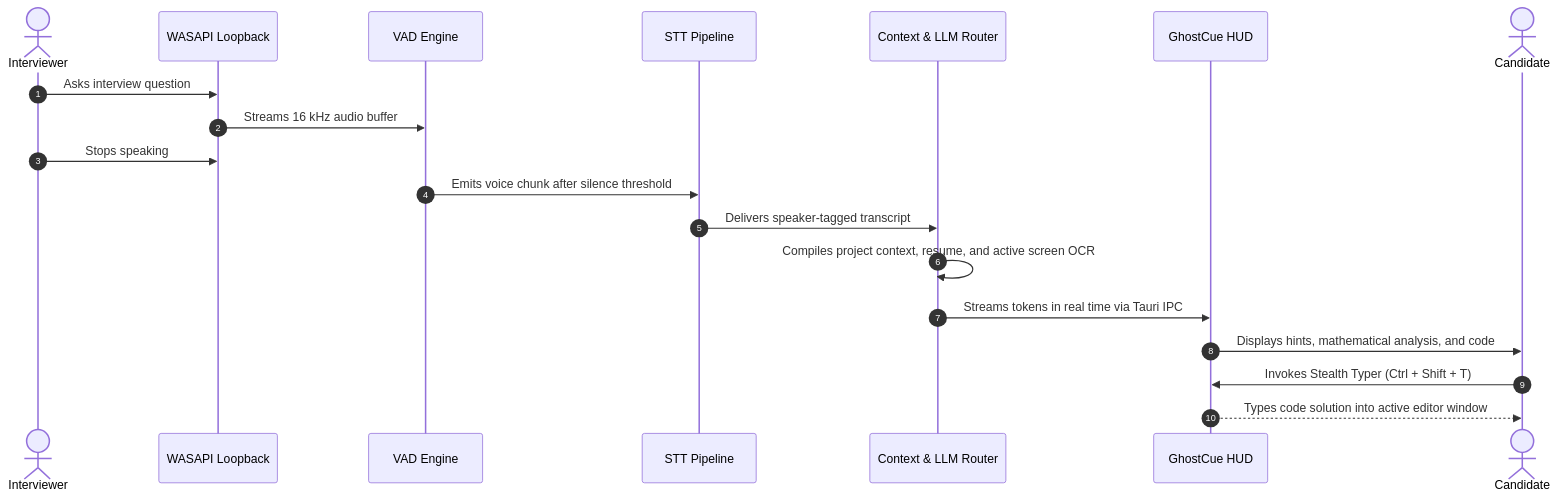
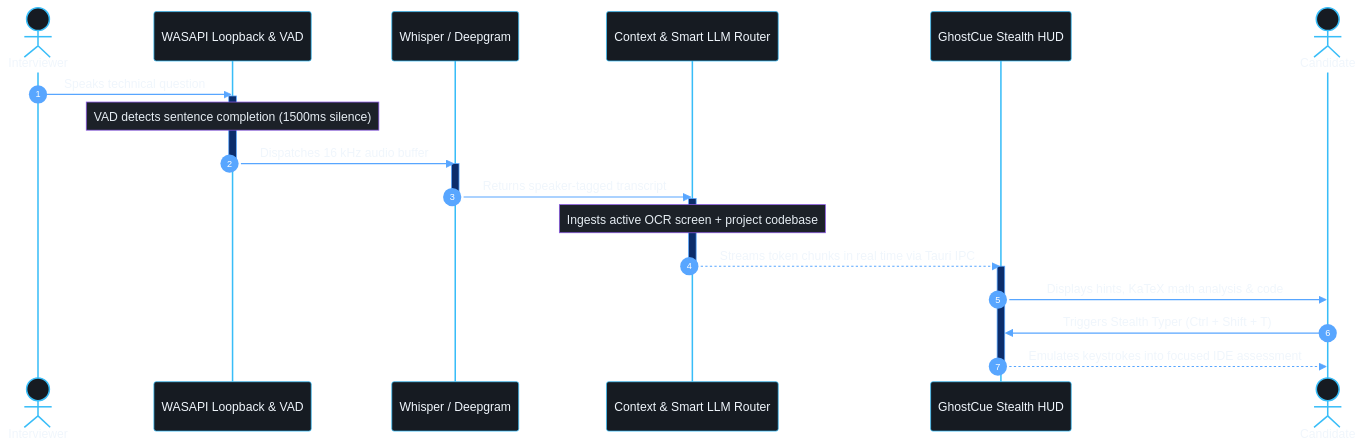
One commit to Aera0908/GhostCue changed the second of 2 diagrams in README.md. Above: the diagram before and after it, drawn with Mermaid. The commit also changed other lines of this file, not shown here.

Commit message:
docs: optimize Mermaid diagrams with compact full-width layout and vibrant high-contrast theme styling

````diff
--- a/README.md
+++ b/README.md
@@ -108,22 +119,53 @@
 ```mermaid
+%%{init: {
+  'theme': 'base',
+  'themeVariables': {
+    'darkMode': true,
+    'background': '#0d1117',
+    'actorBkg': '#161b22',
+    'actorBorder': '#38bdf8',
+    'actorTextColor': '#f0f6fc',
+    'actorLineColor': '#38bdf8',
+    'signalColor': '#58a6ff',
+    'signalTextColor': '#f0f6fc',
+    'labelBoxBkgColor': '#161b22',
+    'labelBoxBorderColor': '#388bfd',
+    'labelTextColor': '#f0f6fc',
+    'loopTextColor': '#f0f6fc',
+    'noteBkgColor': '#1c2128',
+    'noteBorderColor': '#8957e5',
+    'noteTextColor': '#e6edf3',
+    'activationBkgColor': '#0c2d6b',
+    'activationBorderColor': '#58a6ff',
+    'sequenceNumberColor': '#ffffff',
+    'fontSize': '14px',
+    'fontFamily': 'ui-sans-serif, system-ui, -apple-system, sans-serif'
+  }
+}}%%
 sequenceDiagram
     autonumber
     actor Interviewer as Interviewer
-    participant WASAPI as WASAPI Loopback
-    participant VAD as VAD Engine
-    participant STT as STT Pipeline
-    participant Orchestrator as Context & LLM Router
-    participant HUD as GhostCue HUD
+    participant Audio as WASAPI Loopback & VAD
+    participant STT as Whisper / Deepgram
+    participant Engine as Context & Smart LLM Router
+    participant HUD as GhostCue Stealth HUD
     actor Candidate as Candidate
 
-    Interviewer->>WASAPI: Asks interview question
-    WASAPI->>VAD: Streams 16 kHz audio buffer
-    Interviewer->>WASAPI: Stops speaking
-    VAD->>STT: Emits voice chunk after silence threshold
-    STT->>Orchestrator: Delivers speaker-tagged transcript
-    Orchestrator->>Orchestrator: Compiles project context, resume, and active screen OCR
-    Orchestrator->>HUD: Streams tokens in real time via Tauri IPC
-    HUD->>Candidate: Displays hints, mathematical analysis, and code
-    Candidate->>HUD: Invokes Stealth Typer (Ctrl + Shift + T)
-    HUD-->>Candidate: Types code solution into active editor window
+    Interviewer->>Audio: Speaks technical question
+    activate Audio
+    Note over Audio: VAD detects sentence completion (1500ms silence)
+    Audio->>STT: Dispatches 16 kHz audio buffer
+    deactivate Audio
+    activate STT
+    STT->>Engine: Returns speaker-tagged transcript
+    deactivate STT
+    activate Engine
+    Note over Engine: Ingests active OCR screen + project codebase
+    Engine-->>HUD: Streams token chunks in real time via Tauri IPC
+    deactivate Engine
+    activate HUD
+    HUD->>Candidate: Displays hints, KaTeX math analysis & code
+    Candidate->>HUD: Triggers Stealth Typer (Ctrl + Shift + T)
+    HUD-->>Candidate: Emulates keystrokes into focused IDE assessment
+    deactivate HUD
 ```
````
